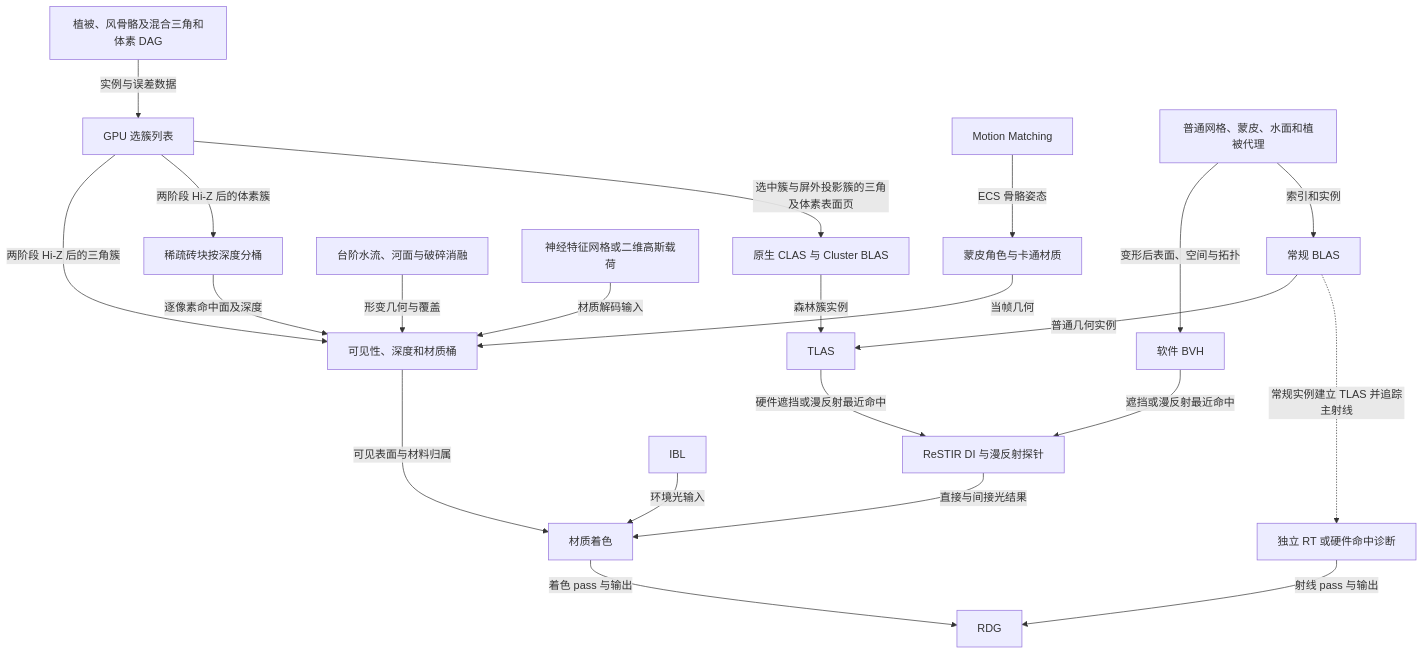
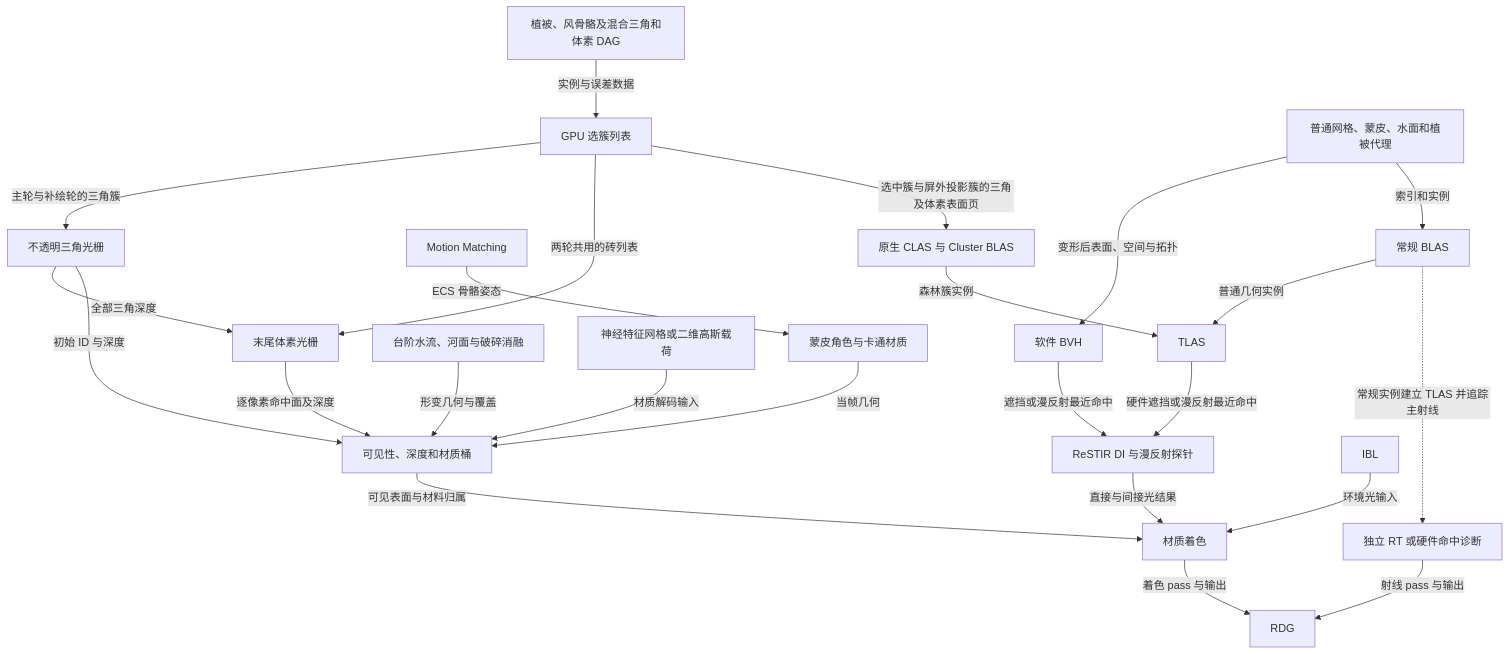
The third of 4 diagrams in docs/module-map.md (re-define/render-lab), drawn with Mermaid before and after one commit. The commit also changed other lines of this file and 58 other files, not shown here.

```diff
--- a/docs/module-map.md
+++ b/docs/module-map.md
@@ -79,24 +82,26 @@
 ~~~mermaid
 flowchart TB
     p["植被、风骨骼及混合三角和体素 DAG"] -->|实例与误差数据| cut["GPU 选簇列表"]
-    cut -->|两阶段 Hi-Z 后的三角簇| v["可见性、深度和材质桶"]
-    cut -->|两阶段 Hi-Z 后的体素簇| bricks["稀疏砖块按深度分桶"]
+    cut -->|主轮与补绘轮的三角簇| tri["不透明三角光栅"]
+    cut -->|两轮共用的砖列表| bricks["末尾体素光栅"]
+    tri -->|全部三角深度| bricks
+    tri -->|初始 ID 与深度| v["可见性、深度和材质桶"]
     bricks -->|逐像素命中面及深度| v
     anim["Motion Matching"] -->|ECS 骨骼姿态| c["蒙皮角色与卡通材质"]
     c -->|当帧几何| v
     e["台阶水流、河面与破碎消融"] -->|形变几何与覆盖| v
     comp["神经特征网格或二维高斯载荷"] -->|材质解码输入| v
     cut -->|选中簇与屏外投影簇的三角及体素表面页| clas["原生 CLAS 与 Cluster BLAS"]
     surf["普通网格、蒙皮、水面和植被代理"] -->|变形后表面、空间与拓扑| sw["软件 BVH"]
     surf -->|索引和实例| hw["常规 BLAS"]
     clas -->|森林簇实例| top["TLAS"]
     hw -->|普通几何实例| top
     top -->|硬件遮挡或漫反射最近命中| d["ReSTIR DI 与漫反射探针"]
     sw -->|遮挡或漫反射最近命中| d
     d -->|直接与间接光结果| m["材质着色"]
     v -->|可见表面与材料归属| m
     ibl["IBL"] -->|环境光输入| m
     hw -.->|常规实例建立 TLAS 并追踪主射线| rt["独立 RT 或硬件命中诊断"]
     m -->|着色 pass 与输出| g["RDG"]
     rt -->|射线 pass 与输出| g
 ~~~
```
